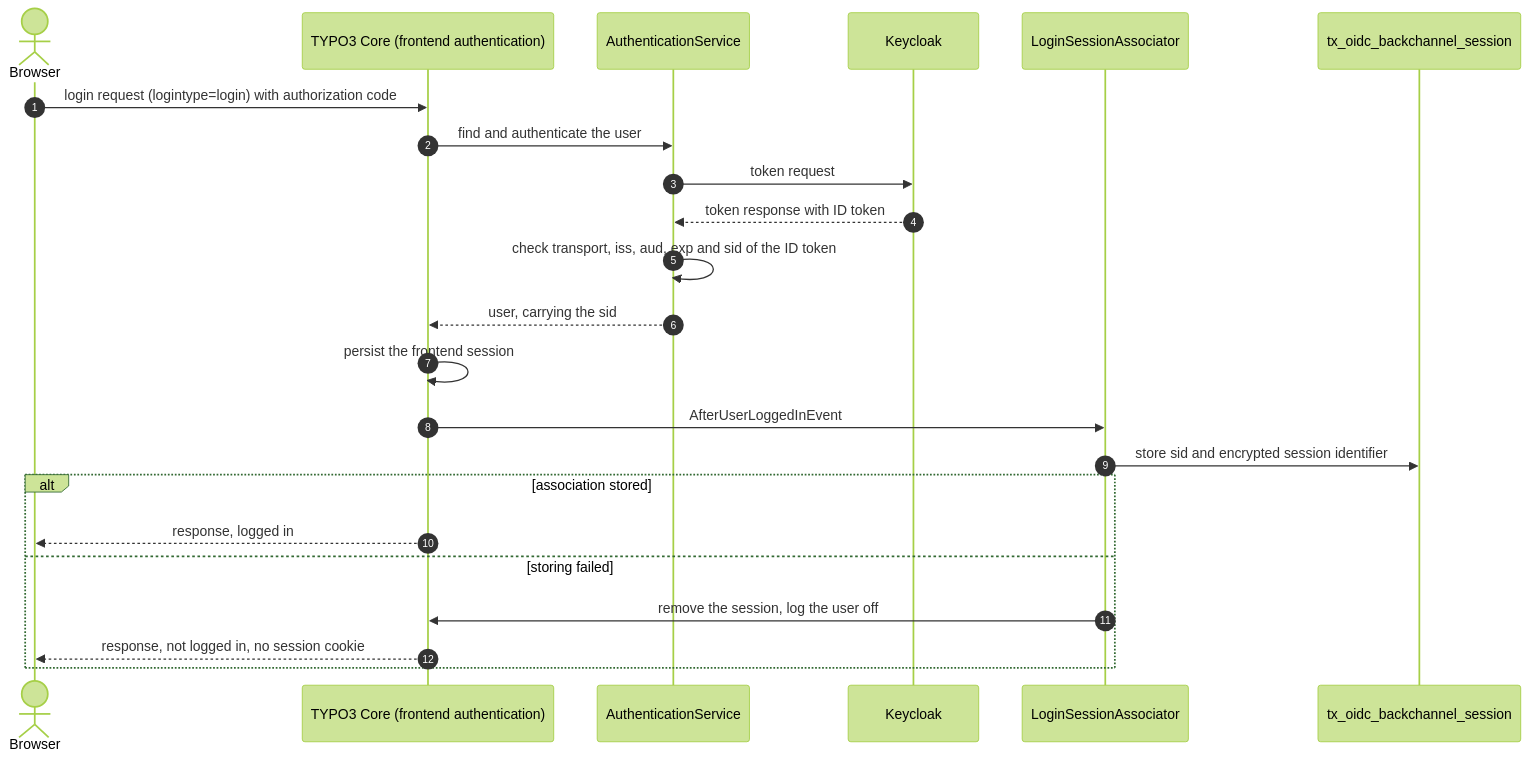
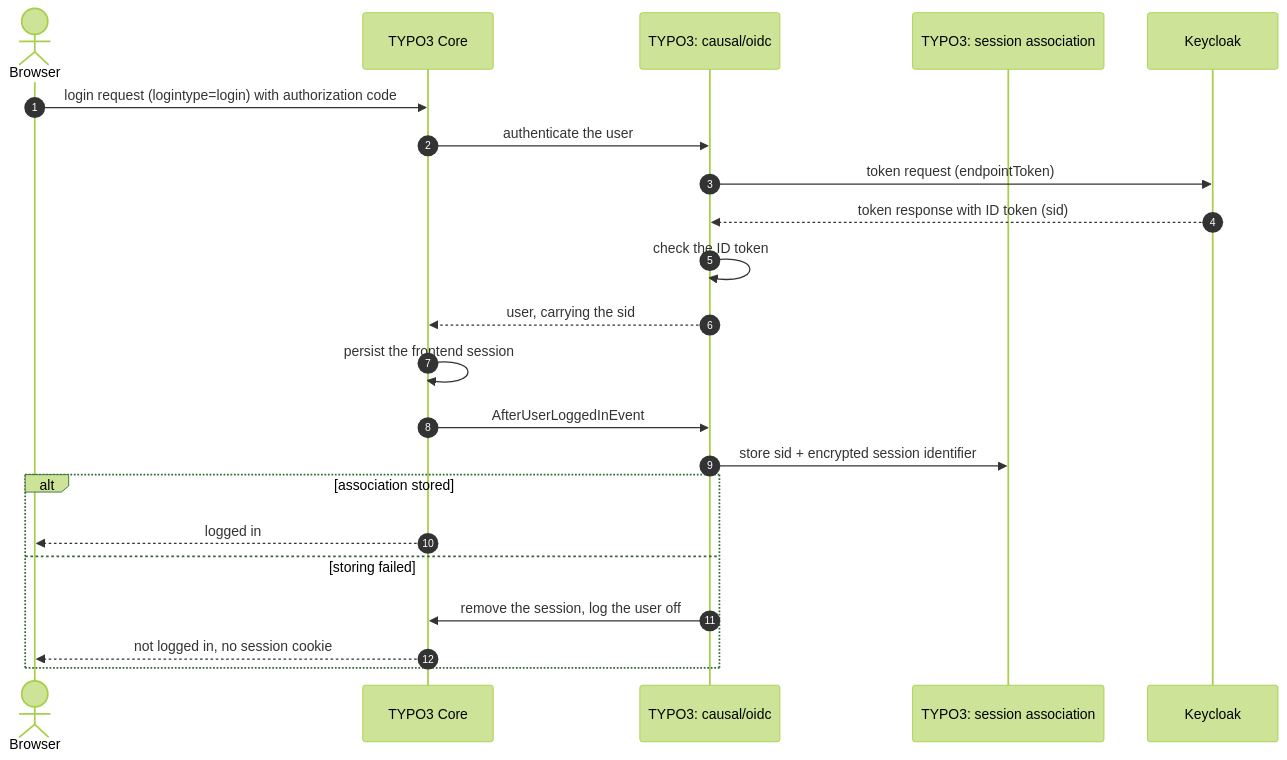
One commit to Inchie/t3ext-oidc changed the second of 4 diagrams in Documentation/BackChannelLogout.md. Above: the diagram before and after it, drawn with Mermaid (forest theme). The commit also changed other lines of this file and 1 other file, not shown here.

Commit message:
[DOCS] Restructure Back-Channel Logout documentation around TYPO3 and Keycloak configuration

````diff
--- a/Documentation/BackChannelLogout.md
+++ b/Documentation/BackChannelLogout.md
@@ -154,26 +198,25 @@
 ```mermaid
 sequenceDiagram
     autonumber
     actor Browser
-    participant TYPO3 as TYPO3 Core (frontend authentication)
-    participant Auth as AuthenticationService
+    participant Core as TYPO3 Core
+    participant Ext as TYPO3: causal/oidc
+    participant Table as TYPO3: session association
     participant KC as Keycloak
-    participant Listener as LoginSessionAssociator
-    participant Table as tx_oidc_backchannel_session
 
-    Browser->>TYPO3: login request (logintype=login) with authorization code
-    TYPO3->>Auth: find and authenticate the user
-    Auth->>KC: token request
-    KC-->>Auth: token response with ID token
-    Auth->>Auth: check transport, iss, aud, exp and sid of the ID token
-    Auth-->>TYPO3: user, carrying the sid
-    TYPO3->>TYPO3: persist the frontend session
-    TYPO3->>Listener: AfterUserLoggedInEvent
-    Listener->>Table: store sid and encrypted session identifier
+    Browser->>Core: login request (logintype=login) with authorization code
+    Core->>Ext: authenticate the user
+    Ext->>KC: token request (endpointToken)
+    KC-->>Ext: token response with ID token (sid)
+    Ext->>Ext: check the ID token
+    Ext-->>Core: user, carrying the sid
+    Core->>Core: persist the frontend session
+    Core->>Ext: AfterUserLoggedInEvent
+    Ext->>Table: store sid + encrypted session identifier
     alt association stored
-        TYPO3-->>Browser: response, logged in
+        Core-->>Browser: logged in
     else storing failed
-        Listener->>TYPO3: remove the session, log the user off
-        TYPO3-->>Browser: response, not logged in, no session cookie
+        Ext->>Core: remove the session, log the user off
+        Core-->>Browser: not logged in, no session cookie
     end
 ```
````
